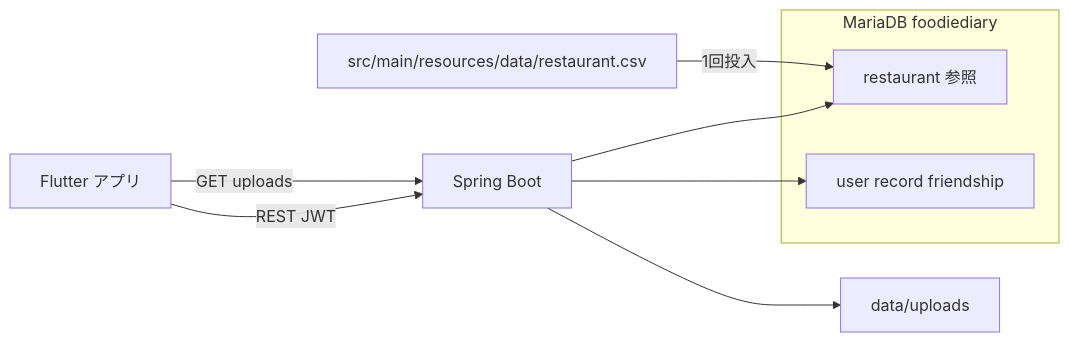
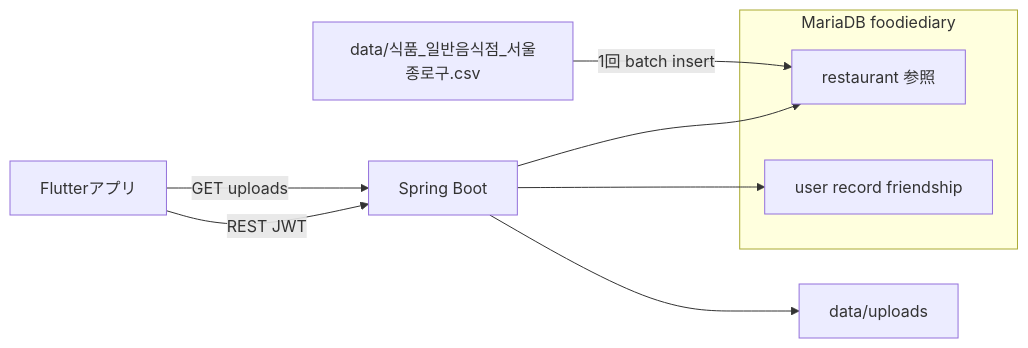
The diagram in README.ja.md (kaito-akabane/foodiediary), drawn with Mermaid before and after one commit. The commit also changed other lines of this file and 15 other files, not shown here.

````diff
--- a/README.ja.md
+++ b/README.ja.md
@@ -484,18 +531,18 @@
 ```mermaid
 flowchart LR
-  App[Flutter アプリ]
+  App[Flutterアプリ]
   API[Spring Boot]
   subgraph mariadb [MariaDB foodiediary]
     Ref[restaurant 参照]
     AppTables[user record friendship]
   end
-  CSV[src/main/resources/data/restaurant.csv]
+  CSV["data/식품_일반음식점_서울종로구.csv"]
   Disk[data/uploads]
 
   App -->|REST JWT| API
   App -->|GET uploads| API
   API --> Ref
   API --> AppTables
   API --> Disk
-  CSV -->|"1回投入"| Ref
+  CSV -->|"1回 batch insert"| Ref
 ```
````
